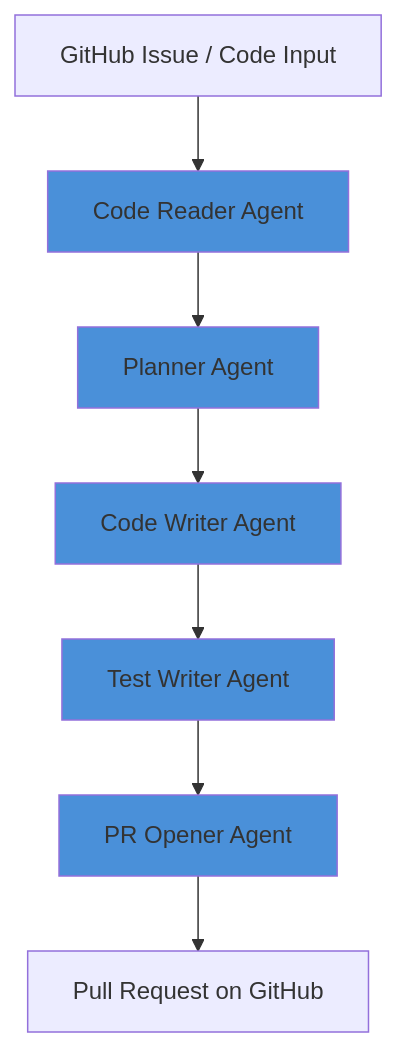
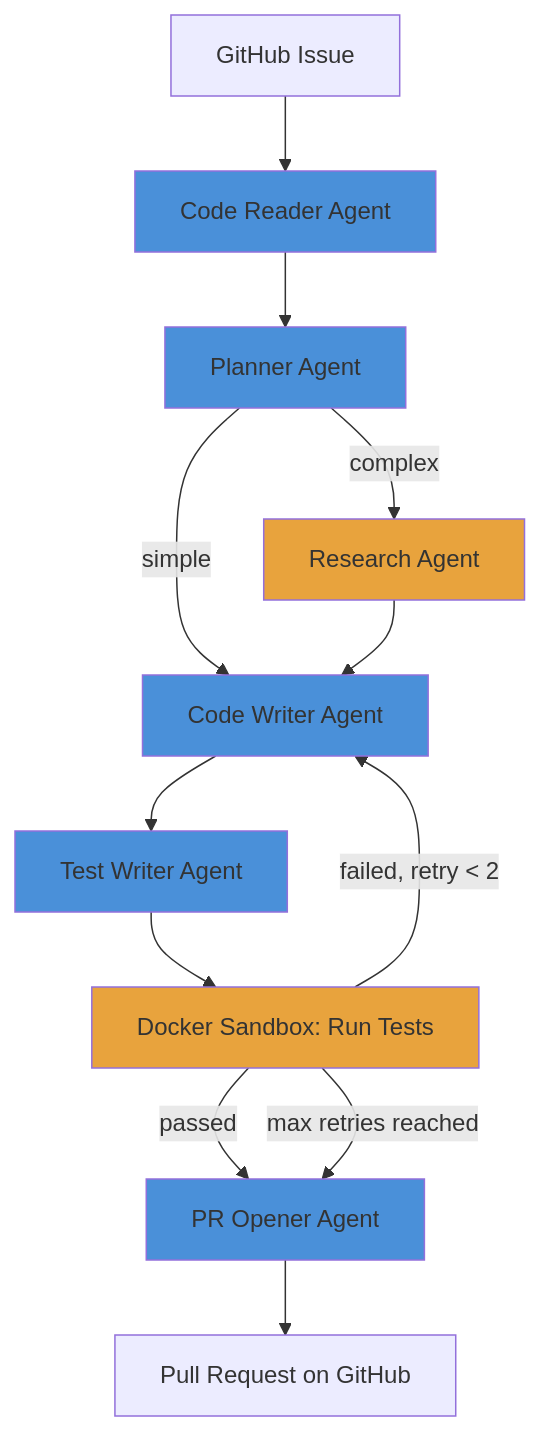
Before and after one commit to tumer217/Multi-agent-system: the diagram in README.md, drawn with Mermaid. The commit also changed other lines of this file, not shown here.

Commit message:
Update README with Docker sandbox and retry loop architecture

````diff
--- a/README.md
+++ b/README.md
@@ -7,15 +5,22 @@
 ```mermaid
 graph TD
-    A[GitHub Issue / Code Input] --> B[Code Reader Agent]
+    A[GitHub Issue] --> B[Code Reader Agent]
     B --> C[Planner Agent]
-    C --> D[Code Writer Agent]
+    C -->|simple| D[Code Writer Agent]
+    C -->|complex| R[Research Agent]
+    R --> D
     D --> E[Test Writer Agent]
-    E --> F[PR Opener Agent]
+    E --> S[Docker Sandbox: Run Tests]
+    S -->|passed| F[PR Opener Agent]
+    S -->|failed, retry < 2| D
+    S -->|max retries reached| F
     F --> G[Pull Request on GitHub]
     
     style B fill:#4A90D9
     style C fill:#4A90D9
+    style R fill:#E8A33D
     style D fill:#4A90D9
     style E fill:#4A90D9
+    style S fill:#E8A33D
     style F fill:#4A90D9
 ```
````
